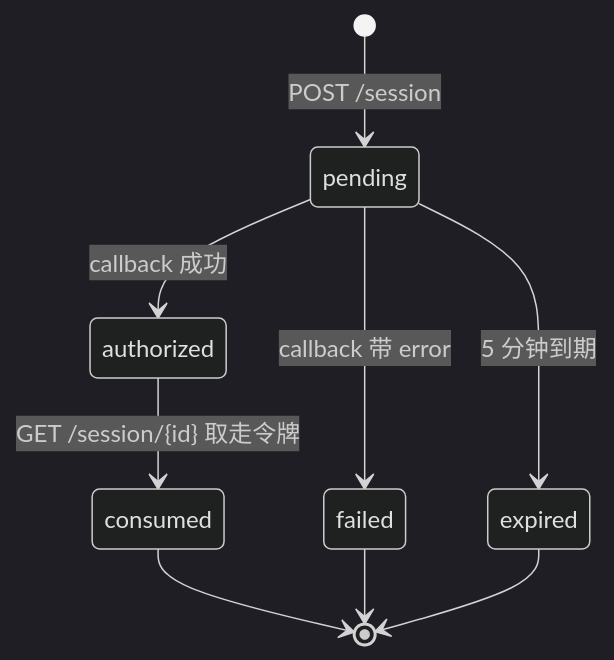
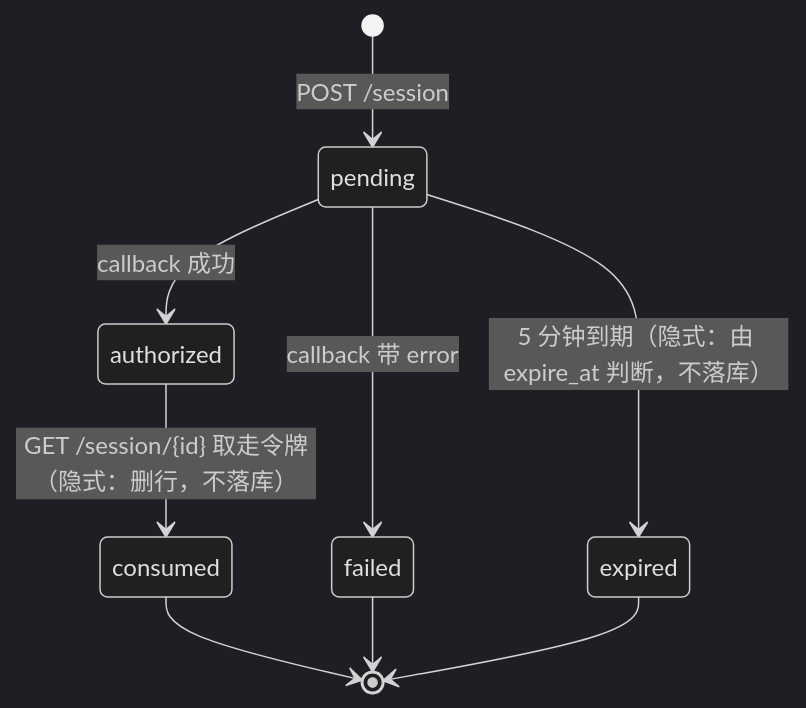
One commit to Anthonybuer182/one-api changed the third of 3 diagrams in auth_api_plan2.md. Above: the diagram before and after it, drawn with Mermaid (dark theme). The commit also changed other lines of this file, not shown here.

````diff
--- a/auth_api_plan2.md
+++ b/auth_api_plan2.md
@@ -200,11 +268,11 @@
 ```mermaid
 stateDiagram-v2
     [*] --> pending: POST /session
     pending --> authorized: callback 成功
     pending --> failed: callback 带 error
-    pending --> expired: 5 分钟到期
-    authorized --> consumed: GET /session/{id} 取走令牌
+    pending --> expired: 5 分钟到期（隐式：由 expire_at 判断，不落库）
+    authorized --> consumed: GET /session/{id} 取走令牌（隐式：删行，不落库）
     consumed --> [*]
     failed --> [*]
     expired --> [*]
 ```
````
